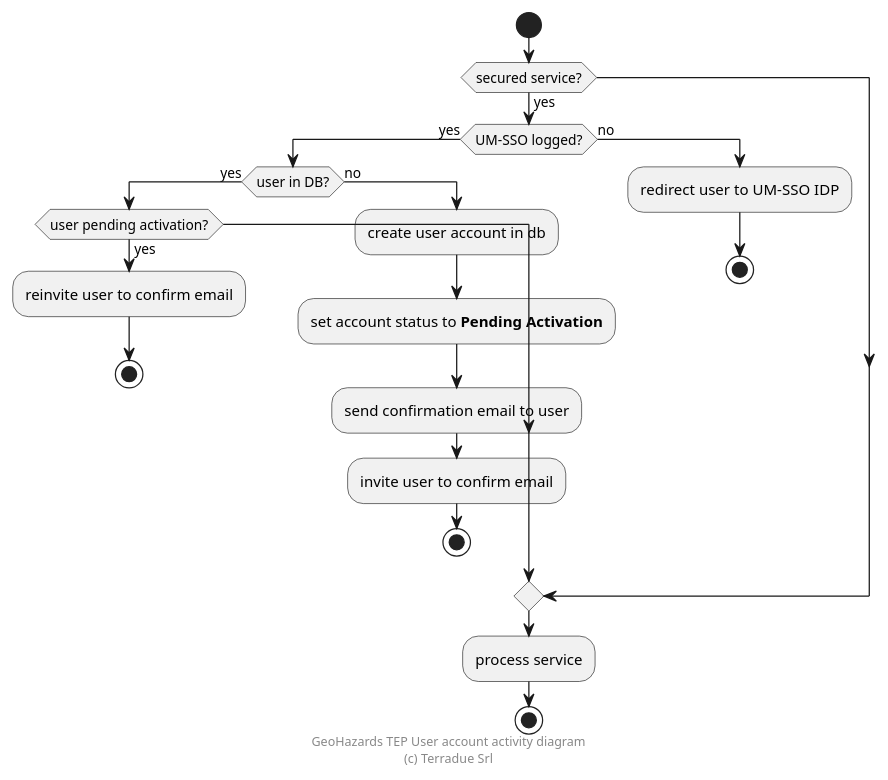
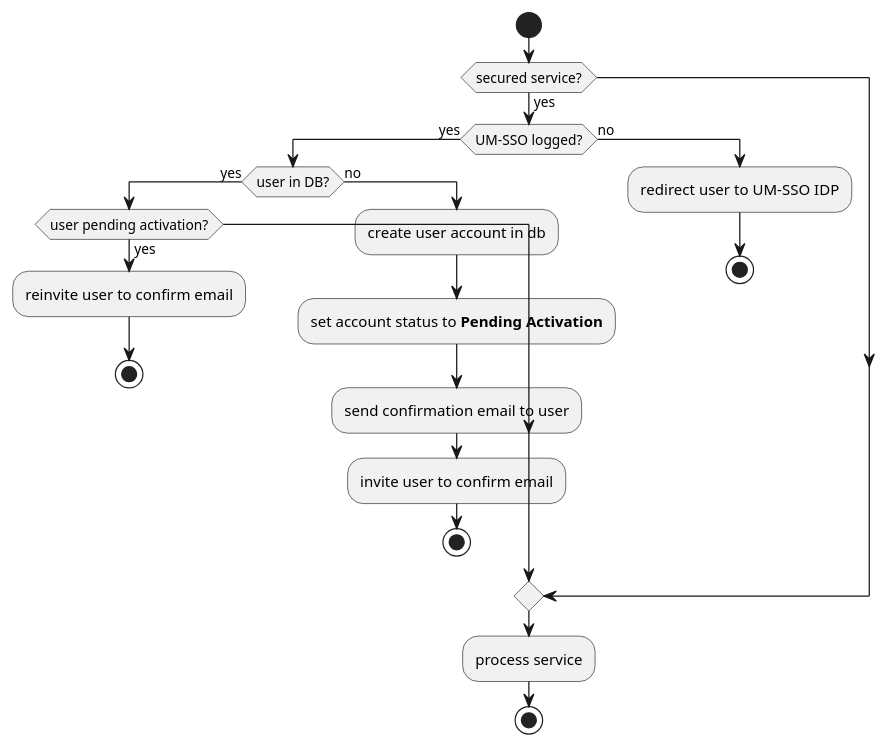
One commit to urban-tep/DDF-SDD changed the first of 2 diagrams in source/groups/group___auth___umsso.rst. Above: the diagram before and after it, drawn with PlantUML. The commit also changed other lines of this file and 220 other files, not shown here.

```diff
--- a/source/groups/group___auth___umsso.rst
+++ b/source/groups/group___auth___umsso.rst
@@ -40,31 +18,26 @@
 .. uml::
+	:caption: User login with UM-SSO activity diagram
 
 
-	
 	start
 	    if (secured service?) then (yes)
 	      if (UM-SSO logged?) then (yes)
 	        if (user in DB?) then (yes)
 	          if (user pending activation?) then (yes)
 	            :reinvite user to confirm email;
 	            stop
 	          endif 
 	        else (no)
 	          :create user account in db;
 	          :set account status to **Pending Activation**;
 	          :send confirmation email to user;
 	          :invite user to confirm email;
 	          stop
 	        endif
 	      else (no)
 	        :redirect user to UM-SSO IDP;
 	        stop
 	      endif
 	    endif
 	    :process service;
 	stop
-	
-	footer
-	GeoHazards TEP User account activity diagram
-	(c) Terradue Srl
-	endfooter
```
